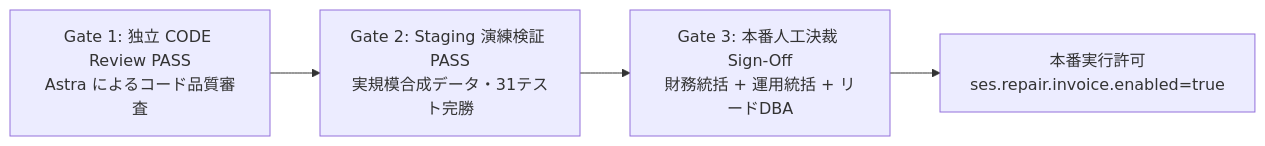
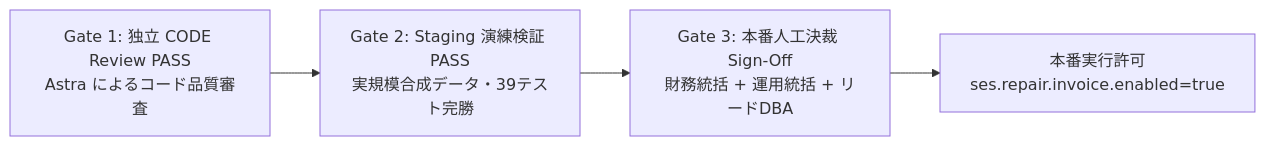
Before and after one commit to satoshi2024/ses-manager-pro: the second of 2 diagrams in .kiro/specs/asset-account-license-lifecycle/v182-repair-executor-boundary-a-plan.md, drawn with Mermaid. The commit also changed other lines of this file and 1 other file, not shown here.

````diff
--- a/.kiro/specs/asset-account-license-lifecycle/v182-repair-executor-boundary-a-plan.md
+++ b/.kiro/specs/asset-account-license-lifecycle/v182-repair-executor-boundary-a-plan.md
@@ -585,6 +627,6 @@
 ```mermaid
 flowchart LR
-    G1[Gate 1: 独立 CODE Review PASS<br/>Astra によるコード品質審査] --> G2[Gate 2: Staging 演練検証 PASS<br/>実規模合成データ・31テスト完勝]
+    G1[Gate 1: 独立 CODE Review PASS<br/>Astra によるコード品質審査] --> G2[Gate 2: Staging 演練検証 PASS<br/>実規模合成データ・39テスト完勝]
     G2 --> G3[Gate 3: 本番人工決裁 Sign-Off<br/>財務統括 + 運用統括 + リードDBA]
     G3 --> ProdEnable[本番実行許可<br/>ses.repair.invoice.enabled=true]
 ```
````
